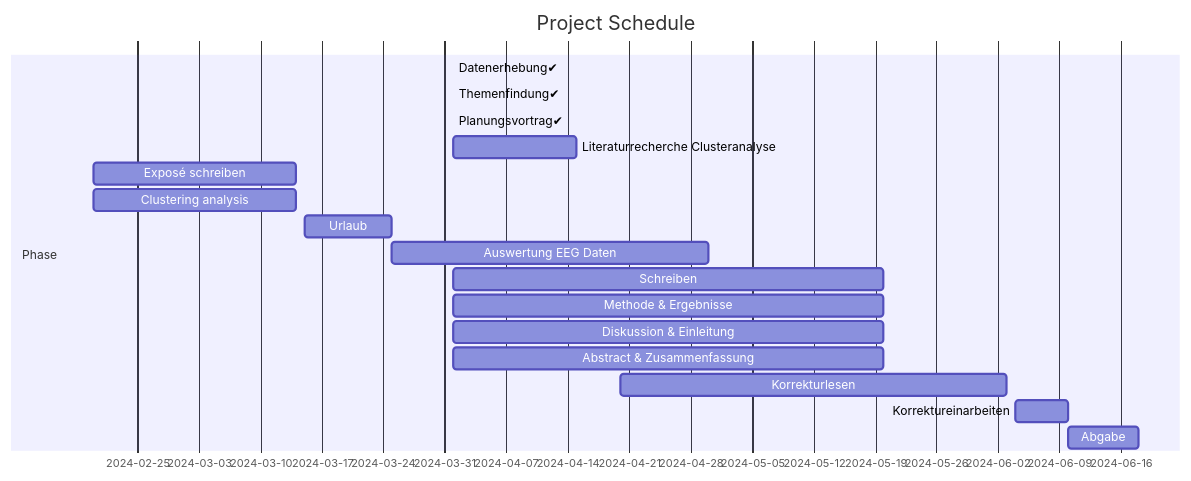
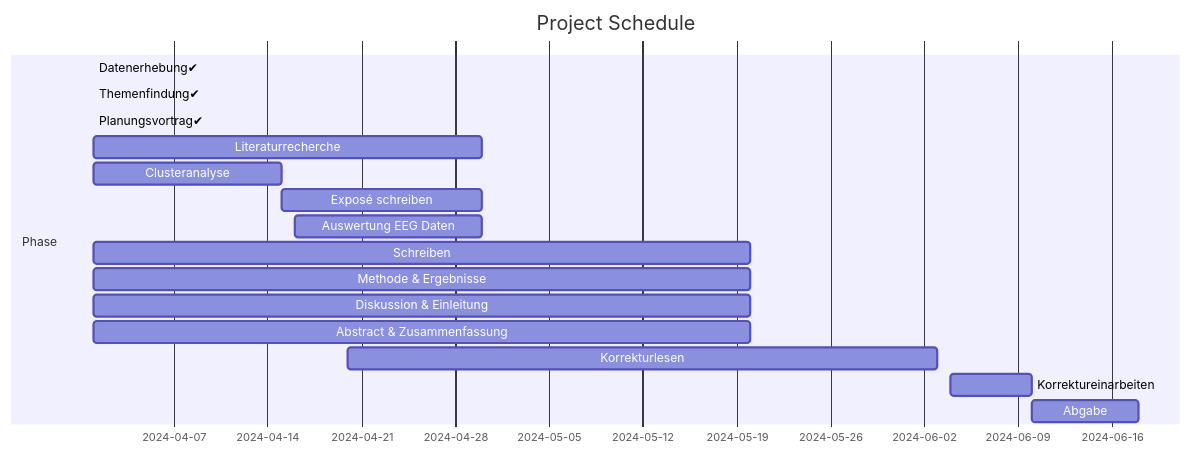
The diagram in README.md (JankaMarlene/masters_thesis), drawn with Mermaid before and after one commit.

````diff
--- a/README.md
+++ b/README.md
@@ -8,22 +8,21 @@
 ```mermaid
 gantt
     title Project Schedule
     dateFormat YYYY-MM-DD
 
     section Phase
     Datenerhebung✔            : 2024-04-01, 2024-04-01
     Themenfindung✔            : 2024-04-01, 2024-04-01
     Planungsvortrag✔          : 2024-04-01, 2024-04-01
-    Literaturrecherche Clusteranalyse : 2024-04-01, 2024-04-15
-    Exposé schreiben           : 2024-02-20, 2024-03-14
-    Clustering analysis        : 2024-02-20, 2024-03-14
-    Urlaub                     : 2024-03-15, 2024-03-25
-    Auswertung EEG Daten       : 2024-03-25, 2024-04-30
+    Literaturrecherche         : 2024-04-01, 2024-04-30
+    Clusteranalyse             : 2024-04-01, 2024-04-15
+    Exposé schreiben           : 2024-04-15, 2024-04-30
+    Auswertung EEG Daten       : 2024-04-16, 2024-04-30
     Schreiben                  : 2024-04-01, 2024-05-20
     Methode & Ergebnisse       : 2024-04-01, 2024-05-20
     Diskussion & Einleitung    : 2024-04-01, 2024-05-20
     Abstract & Zusammenfassung : 2024-04-01, 2024-05-20
     Korrekturlesen             : 2024-04-20, 2024-06-03
     Korrektureinarbeiten       : 2024-06-04, 2024-06-10           
     Abgabe                     : 2024-06-10, 2024-06-18
 ```
````
